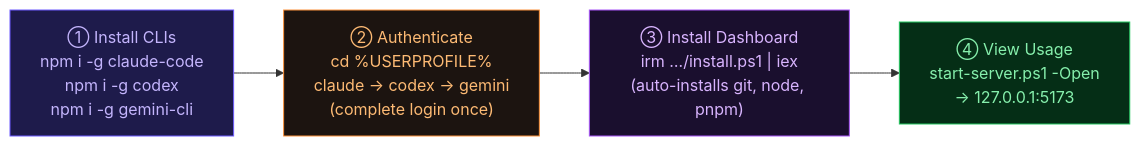
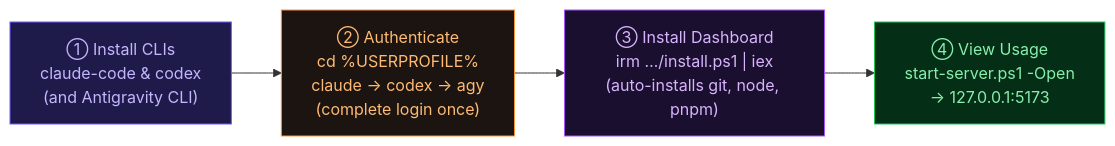
Before and after one commit to savvy773/web-ai-usage: the diagram in README.md, drawn with Mermaid. The commit also changed other lines of this file, not shown here.

````diff
--- a/README.md
+++ b/README.md
@@ -53,11 +53,11 @@
 ```mermaid
 flowchart LR
-    A["① Install CLIs\nnpm i -g claude-code\nnpm i -g codex\nnpm i -g gemini-cli"] --> B["② Authenticate\ncd %USERPROFILE%\nclaude → codex → gemini\n(complete login once)"]
+    A["① Install CLIs\nclaude-code & codex\n(and Antigravity CLI)"] --> B["② Authenticate\ncd %USERPROFILE%\nclaude → codex → agy\n(complete login once)"]
     B --> C["③ Install Dashboard\nirm …/install.ps1 | iex\n(auto-installs git, node, pnpm)"]
     C --> D["④ View Usage\nstart-server.ps1 -Open\n→ 127.0.0.1:5173"]
 
     style A fill:#1e1b4b,stroke:#6d5bff,color:#c4b5fd
     style B fill:#1c1410,stroke:#fb923c,color:#fdba74
     style C fill:#1a0f2e,stroke:#a855f7,color:#d8b4fe
     style D fill:#052e16,stroke:#22c55e,color:#86efac
 ```
````
